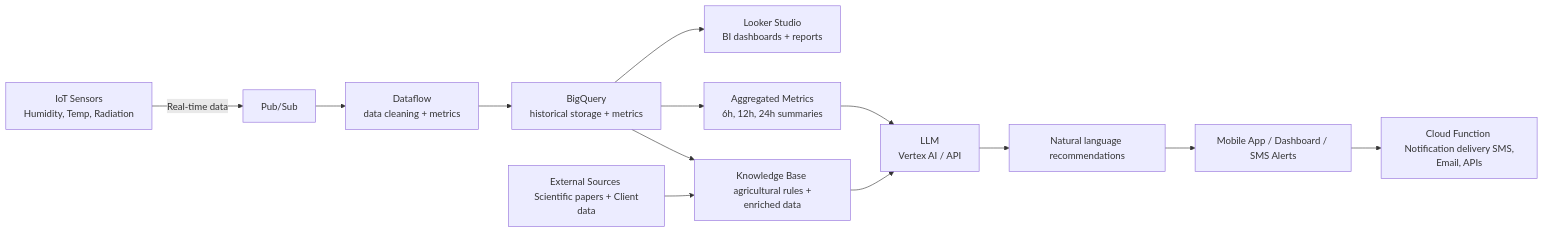
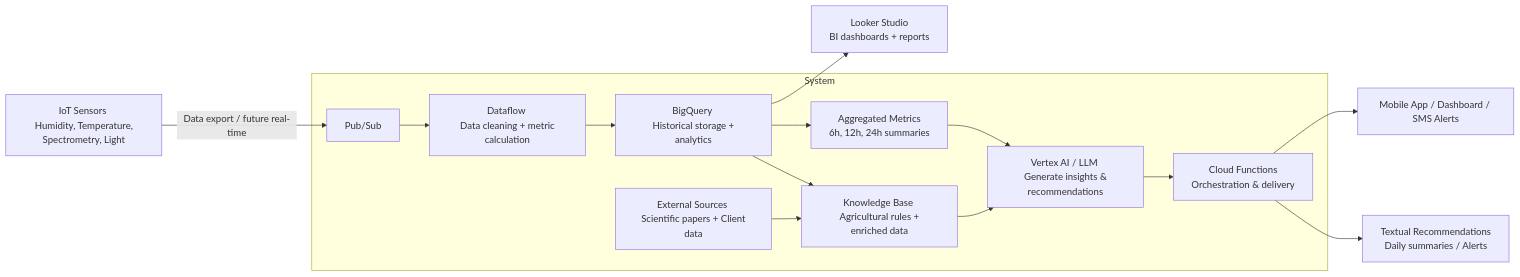
The second of 3 diagrams in docs/diagrams.md (josueelias9/AI_engineer), drawn with Mermaid before and after one commit. The commit also changed other lines of this file, not shown here.

````diff
--- a/docs/diagrams.md
+++ b/docs/diagrams.md
@@ -32,15 +41,25 @@
 ```mermaid
 flowchart LR
-    A[IoT Sensors <br> Humidity, Temp, Radiation] -->|Real-time data| B[Pub/Sub]
-    B --> C[Dataflow <br> data cleaning + metrics]
-    C --> D[BigQuery <br> historical storage + metrics]
-    D --> E[Knowledge Base <br> agricultural rules + enriched data]
-    D --> F[Aggregated Metrics <br> 6h, 12h, 24h summaries]
-    J[External Sources <br> Scientific papers + Client data] --> E
-    E --> G[LLM <br> Vertex AI / API]
-    F --> G
-    G --> H[Natural language recommendations]
-    H --> I[Mobile App / Dashboard / SMS Alerts]
-    I --> L[Cloud Function <br> Notification delivery SMS, Email, APIs]
+    A[IoT Sensors <br> Humidity, Temperature, Spectrometry, Light] -->|Data export / future real-time| B[Pub/Sub]
+
+    %% Subgraph para el sistema
+    subgraph SYS[System]
+        B --> C[Dataflow <br> Data cleaning + metric calculation]
+        C --> D[BigQuery <br> Historical storage + analytics]
+        D --> E[Knowledge Base <br> Agricultural rules + enriched data]
+        D --> F[Aggregated Metrics <br> 6h, 12h, 24h summaries]
+        J[External Sources <br> Scientific papers + Client data] --> E
+        E --> G[Vertex AI / LLM <br> Generate insights & recommendations]
+        F --> G
+        G --> L[Cloud Functions <br> Orchestration & delivery]
+    end
+
+    %% Outputs desde Cloud Function
+    L --> H[Textual Recommendations <br> Daily summaries / Alerts]
+    L --> I[Mobile App / Dashboard / SMS Alerts]
+
+    %% Complemento BI
     D --> K[Looker Studio <br> BI dashboards + reports]
+
+
 ```
````
